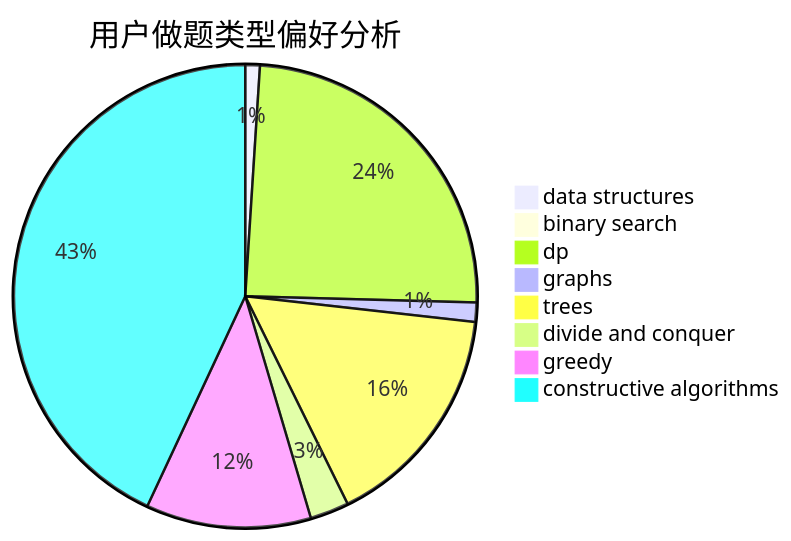
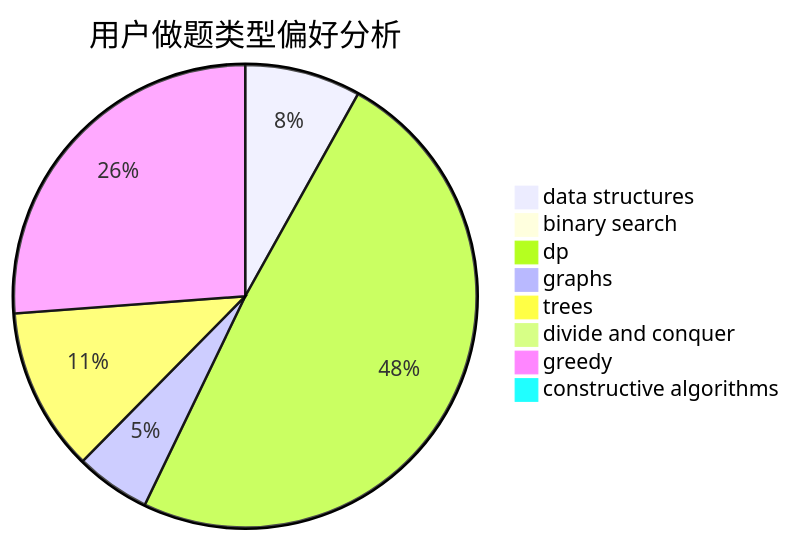
One commit to sherpahu/cfrs.github.io changed the second of 3 diagrams in docs/user/u2305.md. Above: the diagram before and after it, drawn with Mermaid. The commit also changed other lines of this file and 2770 other files, not shown here.

````diff
--- a/docs/user/u2305.md
+++ b/docs/user/u2305.md
@@ -23,11 +23,11 @@
 ```mermaid
 pie title 用户做题类型偏好分析
-    "data structures" :  3
-    "binary search" :  0
-    "dp" :  72
-    "graphs" :  4
-    "trees" :  47
-    "divide and conquer" :  8
-    "greedy" :  34
-    "constructive algorithms" :  127
+    "data structures" :  17
+    "binary search" :  2
+    "dp" :  103
+    "graphs" :  11
+    "trees" :  24
+    "divide and conquer" :  0
+    "greedy" :  55
+    "constructive algorithms" :  1
 ```
````
